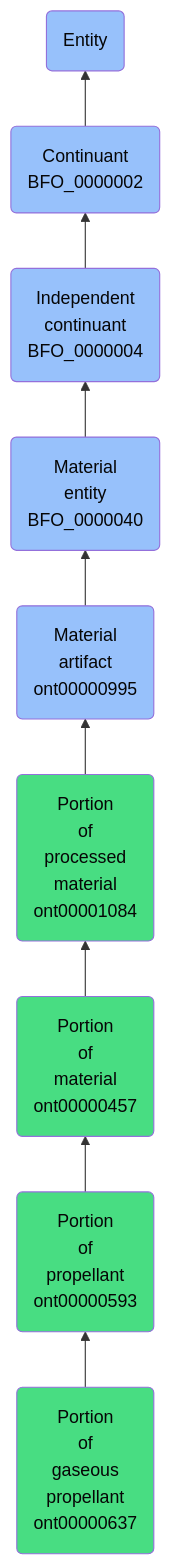
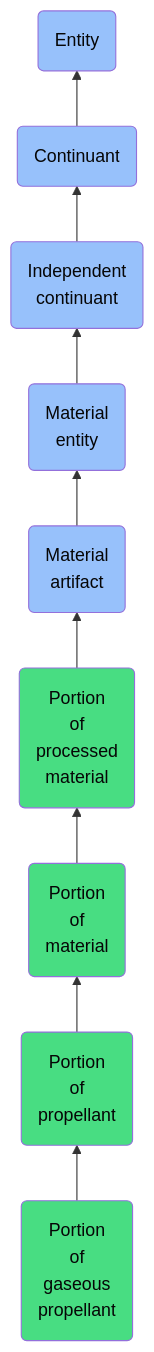
The diagram in docs/ontology/reference/model/Entity/Continuant/Independent continuant/Material entity/Material artifact/Portion of processed material/Portion of material/Portion of propellant/Portion of gaseous propellant/Portion of gaseous propellant.md (jupyter-naas/abi), drawn with Mermaid before and after one commit. The commit also changed other lines of this file and 1430 other files, not shown here.

````diff
--- a/docs/ontology/reference/model/Entity/Continuant/Independent continuant/Material entity/Material artifact/Portion of processed material/Portion of material/Portion of propellant/Portion of gaseous propellant/Portion of gaseous propellant.md
+++ b/docs/ontology/reference/model/Entity/Continuant/Independent continuant/Material entity/Material artifact/Portion of processed material/Portion of material/Portion of propellant/Portion of gaseous propellant/Portion of gaseous propellant.md
@@ -24,16 +24,16 @@
 ```mermaid
 graph BT
-    ont00000637(Portion<br>of<br>gaseous<br>propellant<br>ont00000637):::ABI-->ont00000593
-    ont00000593(Portion<br>of<br>propellant<br>ont00000593):::ABI-->ont00000457
-    ont00000457(Portion<br>of<br>material<br>ont00000457):::ABI-->ont00001084
-    ont00001084(Portion<br>of<br>processed<br>material<br>ont00001084):::ABI-->ont00000995
-    ont00000995(Material<br>artifact<br>ont00000995):::BFO-->BFO_0000040
-    BFO_0000040(Material<br>entity<br>BFO_0000040):::BFO-->BFO_0000004
-    BFO_0000004(Independent<br>continuant<br>BFO_0000004):::BFO-->BFO_0000002
-    BFO_0000002(Continuant<br>BFO_0000002):::BFO-->BFO_0000001
+    ont00000637(Portion<br>of<br>gaseous<br>propellant):::ABI-->ont00000593
+    ont00000593(Portion<br>of<br>propellant):::ABI-->ont00000457
+    ont00000457(Portion<br>of<br>material):::ABI-->ont00001084
+    ont00001084(Portion<br>of<br>processed<br>material):::ABI-->ont00000995
+    ont00000995(Material<br>artifact):::BFO-->BFO_0000040
+    BFO_0000040(Material<br>entity):::BFO-->BFO_0000004
+    BFO_0000004(Independent<br>continuant):::BFO-->BFO_0000002
+    BFO_0000002(Continuant):::BFO-->BFO_0000001
     BFO_0000001(Entity):::BFO
     
     classDef BFO fill:#97c1fb,color:#060606
     classDef CCO fill:#e4c51e,color:#060606
     classDef ABI fill:#48DD82,color:#060606
 ```
````
